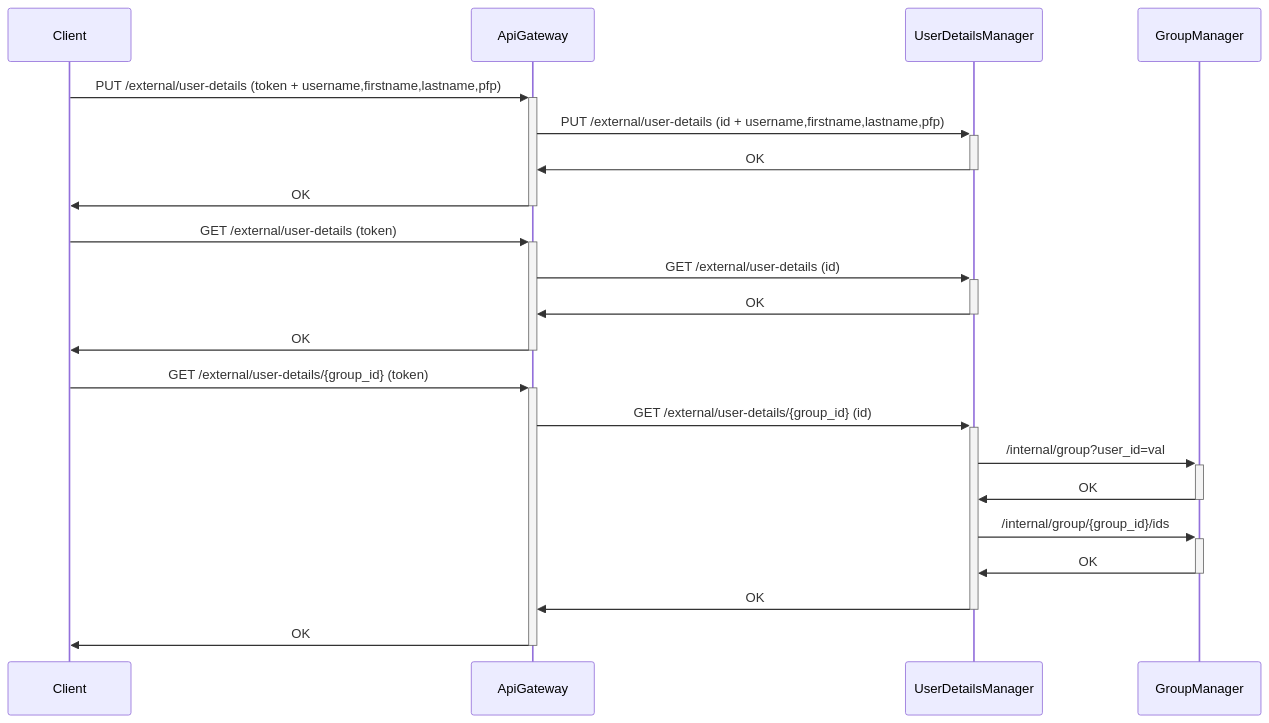
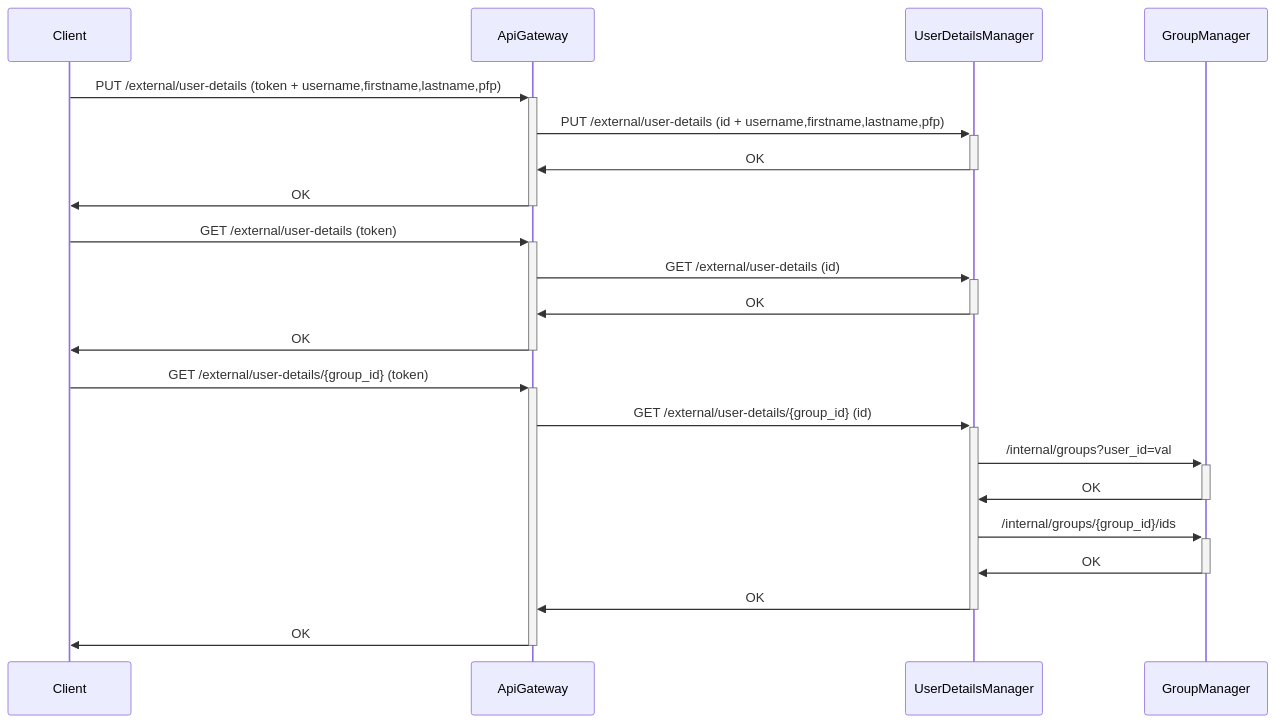
One commit to Group-Expense-Manager/gem-docs changed the third of 10 diagrams in docs/diagrams.md. Above: the diagram before and after it, drawn with Mermaid. The commit also changed other lines of this file and 1 other file, not shown here.

Commit message:
added Expense Manager contract

````diff
--- a/docs/diagrams.md
+++ b/docs/diagrams.md
@@ -104,22 +104,22 @@
 ``` mermaid
 sequenceDiagram
 
 Client->>+ApiGateway: PUT /external/user-details (token + username,firstname,lastname,pfp)
 ApiGateway->>+UserDetailsManager: PUT /external/user-details (id + username,firstname,lastname,pfp)
 UserDetailsManager->>-ApiGateway: OK
 ApiGateway->>-Client: OK
 
 Client->>+ApiGateway: GET /external/user-details (token)
 ApiGateway->>+UserDetailsManager: GET /external/user-details (id)
 UserDetailsManager->>-ApiGateway: OK
 ApiGateway->>-Client: OK
 
 Client->>+ApiGateway: GET /external/user-details/{group_id} (token)
 ApiGateway->>+UserDetailsManager: GET /external/user-details/{group_id} (id)
-UserDetailsManager->>+ GroupManager: /internal/group?user_id=val
+UserDetailsManager->>+ GroupManager: /internal/groups?user_id=val
 GroupManager->>- UserDetailsManager: OK
-UserDetailsManager->>+ GroupManager: /internal/group/{group_id}/ids
+UserDetailsManager->>+ GroupManager: /internal/groups/{group_id}/ids
 GroupManager->>- UserDetailsManager: OK
 UserDetailsManager->>-ApiGateway: OK
 ApiGateway->>-Client: OK
 ```
````
